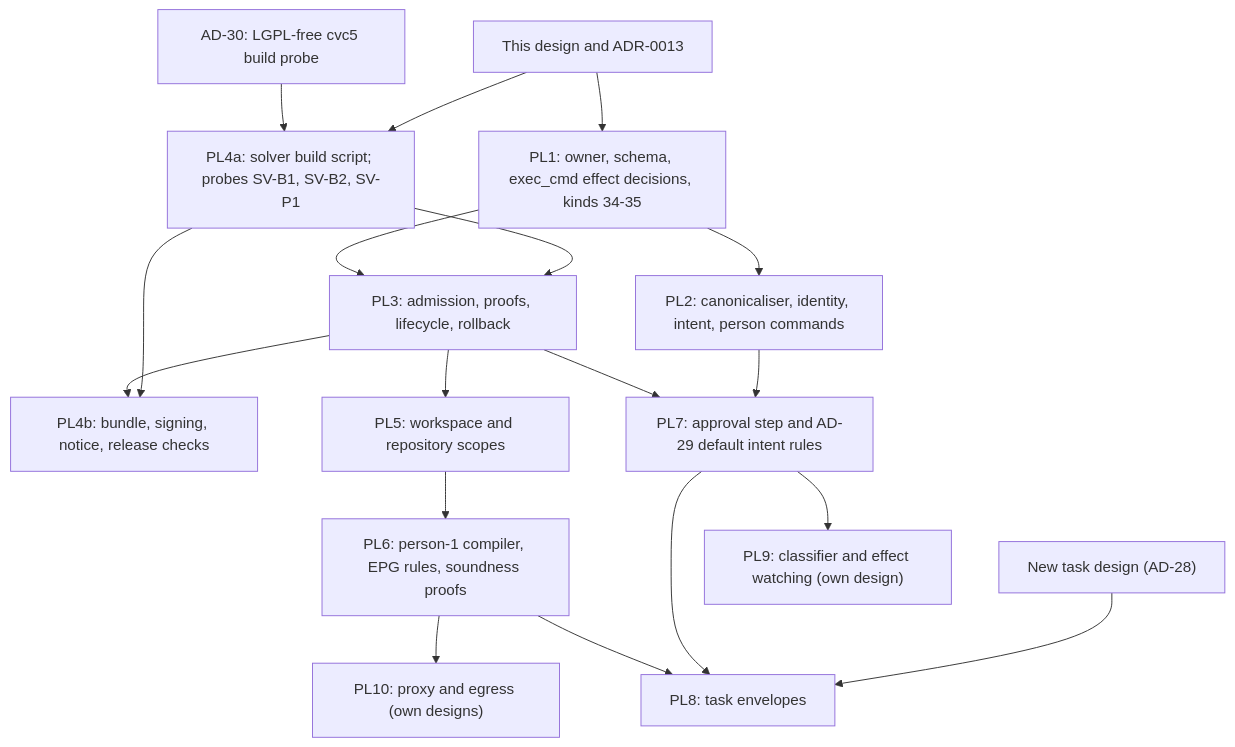
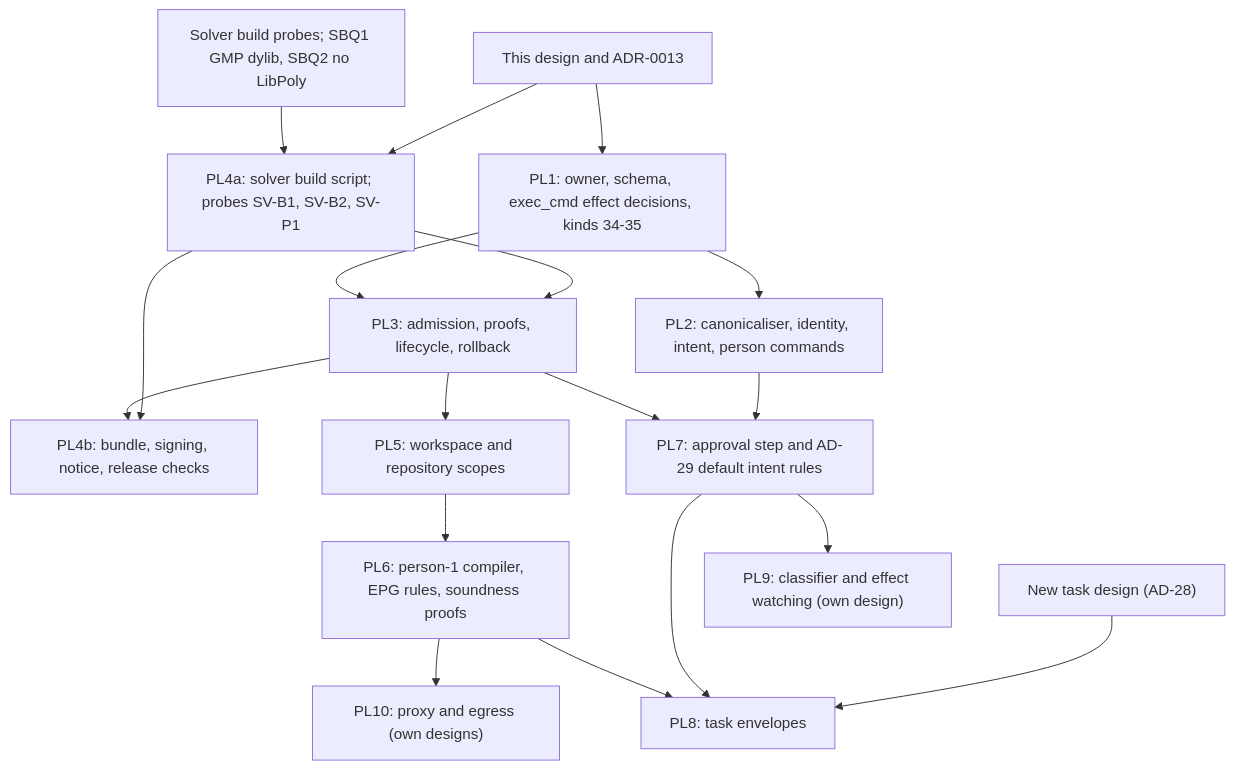
Before and after one commit to pidster/asura: diagram 17 of 17 in docs/designs/security-policy.md, drawn with Mermaid. The commit also changed other lines of this file and 4 other files, not shown here.

First line of the commit message:
Record the owner's solver decisions SBQ1, SBQ2 and the OQ3 legal position

````diff
--- a/docs/designs/security-policy.md
+++ b/docs/designs/security-policy.md
@@ -2284,20 +2302,20 @@
 ```mermaid
 flowchart TD
     D["This design and ADR-0013"] --> PL1["PL1: owner, schema, exec_cmd effect decisions, kinds 34-35"]
-    Probe["AD-30: LGPL-free cvc5 build probe"] --> PL4a["PL4a: solver build script; probes SV-B1, SV-B2, SV-P1"]
+    Probe["Solver build probes; SBQ1 GMP dylib, SBQ2 no LibPoly"] --> PL4a["PL4a: solver build script; probes SV-B1, SV-B2, SV-P1"]
     D --> PL4a
     PL1 --> PL2["PL2: canonicaliser, identity, intent, person commands"]
     PL1 --> PL3["PL3: admission, proofs, lifecycle, rollback"]
     PL4a --> PL3
     PL3 --> PL4b["PL4b: bundle, signing, notice, release checks"]
     PL4a --> PL4b
     PL3 --> PL5["PL5: workspace and repository scopes"]
     PL5 --> PL6["PL6: person-1 compiler, EPG rules, soundness proofs"]
     PL3 --> PL7["PL7: approval step and AD-29 default intent rules"]
     PL2 --> PL7
     PL6 --> PL8["PL8: task envelopes"]
     PL7 --> PL8
     Task["New task design (AD-28)"] --> PL8
     PL7 --> PL9["PL9: classifier and effect watching (own design)"]
     PL6 --> PL10["PL10: proxy and egress (own designs)"]
 ```
````
